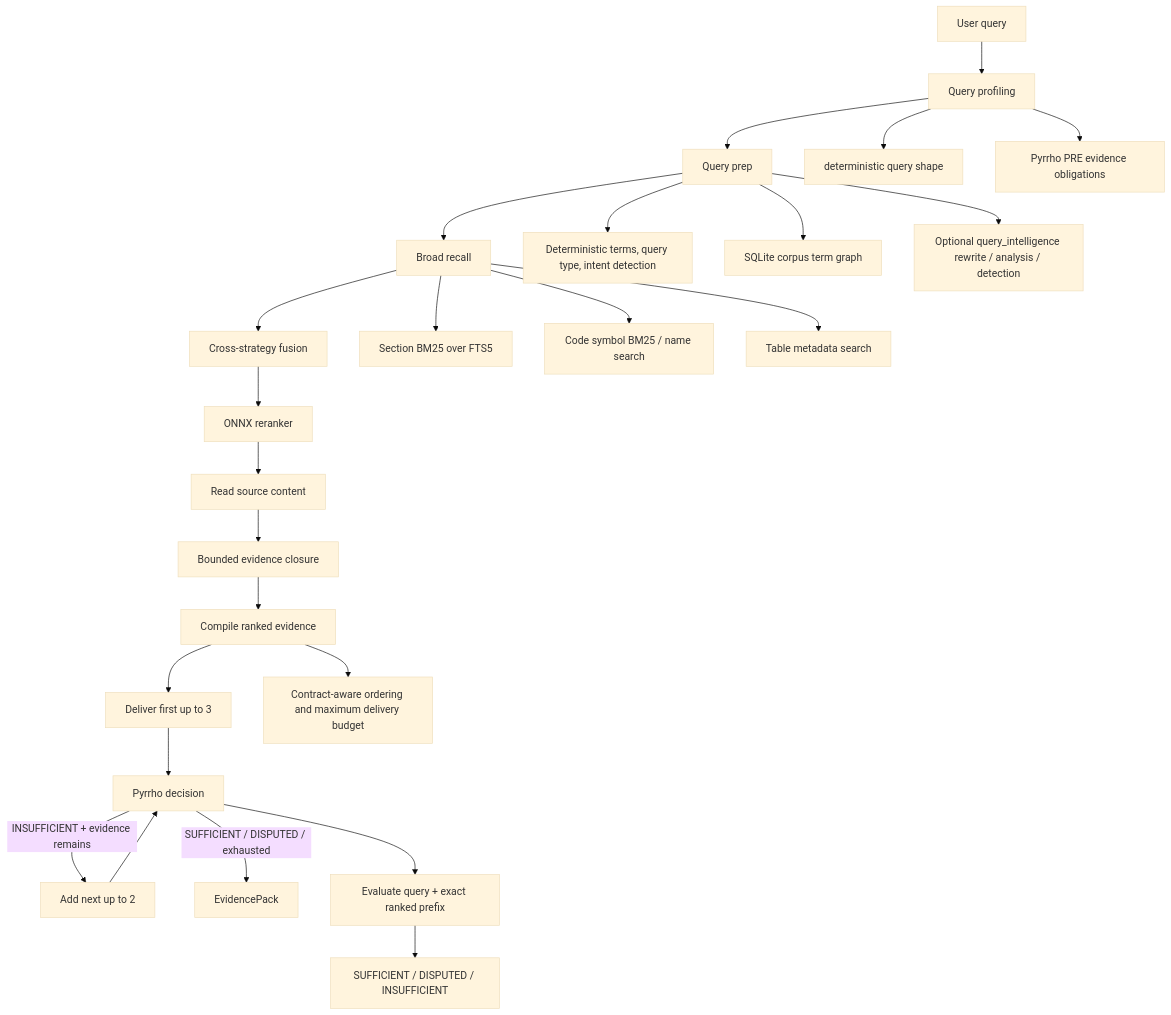
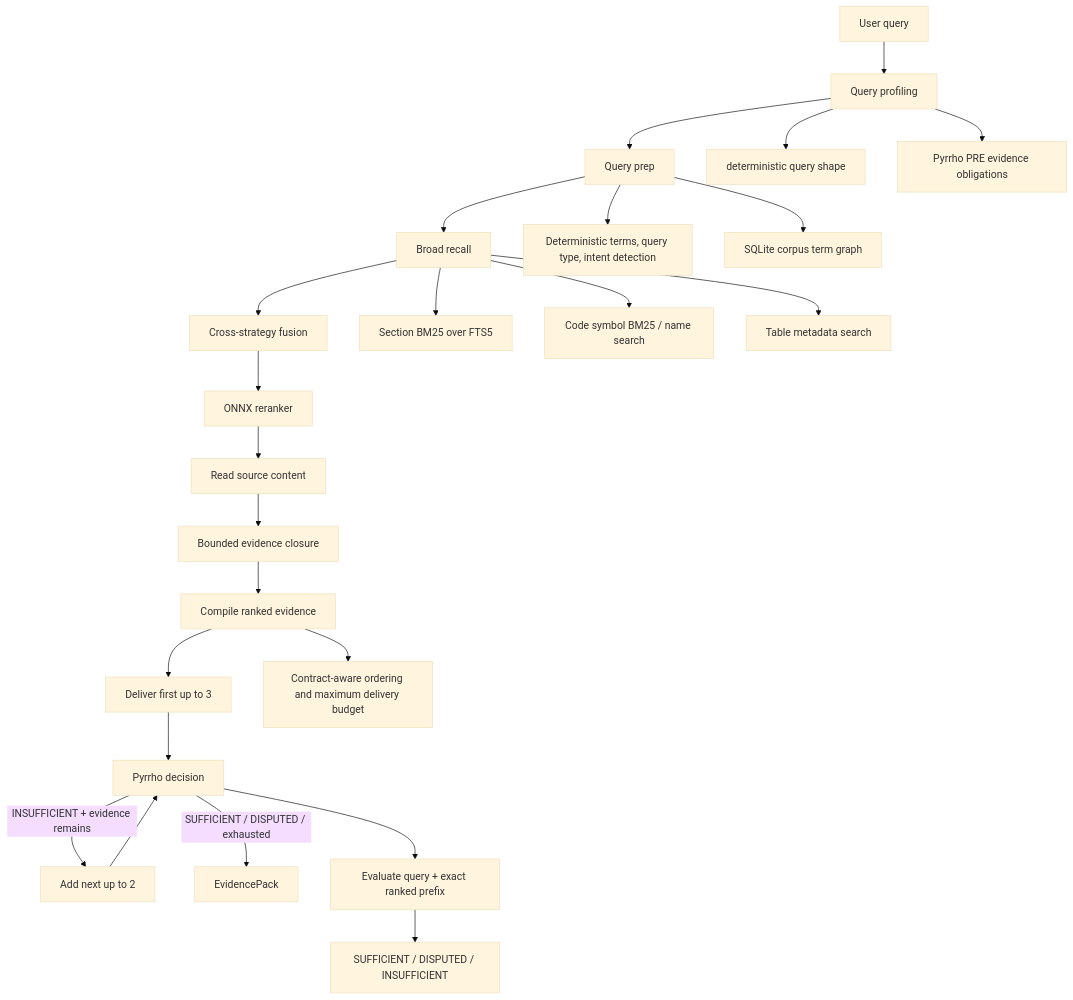
Before and after one commit to yafitzdev/fitz-sage: the second of 4 diagrams in docs/RETRIEVAL_PIPELINE.md, drawn with Mermaid (base theme). The commit also changed other lines of this file and 32 other files, not shown here.

````diff
--- a/docs/RETRIEVAL_PIPELINE.md
+++ b/docs/RETRIEVAL_PIPELINE.md
@@ -65,31 +65,30 @@
 ```mermaid
 flowchart TD
     Q["User query"] --> C["Query profiling"]
     C --> P["Query prep"]
     P --> R["Broad recall"]
     R --> X["Cross-strategy fusion"]
     X --> K["ONNX reranker"]
     K --> D["Read source content"]
     D --> B["Bounded evidence closure"]
     B --> F["Compile ranked evidence"]
     F --> V["Deliver first up to 3"]
     V --> G["Pyrrho decision"]
     G -->|"INSUFFICIENT + evidence remains"| H["Add next up to 2"]
     H --> G
     G -->|"SUFFICIENT / DISPUTED / exhausted"| E["EvidencePack"]
 
     C --> C1["deterministic query shape"]
     C --> C2["Pyrrho PRE evidence obligations"]
 
     P --> P1["Deterministic terms, query type, intent detection"]
     P --> P2["SQLite corpus term graph"]
-    P --> P3["Optional query_intelligence rewrite / analysis / detection"]
 
     R --> R1["Section BM25 over FTS5"]
     R --> R2["Code symbol BM25 / name search"]
     R --> R3["Table metadata search"]
 
     F --> F1["Contract-aware ordering and maximum delivery budget"]
     G --> G1["Evaluate query + exact ranked prefix"]
     G1 --> G2["SUFFICIENT / DISPUTED / INSUFFICIENT"]
 ```
````
